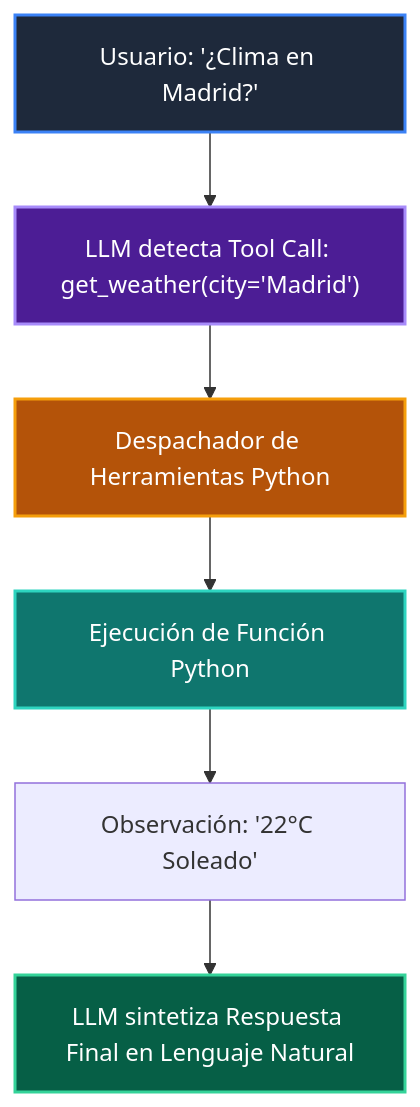
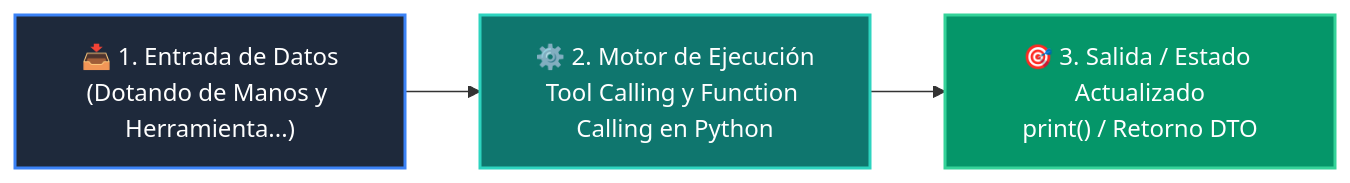
Before and after one commit to wisrovi/wisrovi-python: the diagram in 03-agentes-ia/clase-04-tool-calling-funciones/README.md, drawn with Mermaid. The commit also changed other lines of this file and 54 other files, not shown here.

Commit message:
refactor: clean repository root by moving maintenance scripts to scripts/ and restore rich high-contrast Mermaid diagrams for all classes and examples

````diff
--- a/03-agentes-ia/clase-04-tool-calling-funciones/README.md
+++ b/03-agentes-ia/clase-04-tool-calling-funciones/README.md
@@ -12,14 +12,9 @@
 ```mermaid
-flowchart TD
-    Q["Usuario: '¿Clima en Madrid?'"] --> LLM["LLM detecta Tool Call: get_weather(city='Madrid')"]
-    LLM --> DISP["Despachador de Herramientas Python"]
-    DISP --> API["Ejecución de Función Python"]
-    API --> OBS["Observación: '22°C Soleado'"]
-    OBS --> LLM_FINAL["LLM sintetiza Respuesta Final en Lenguaje Natural"]
+flowchart LR
+    A["📥 1. Entrada de Datos<br/>(Dotando de Manos y Herramienta...)"] --> B["⚙️ 2. Motor de Ejecución<br/>Tool Calling y Function Calling en Python"]
+    B --> C["🎯 3. Salida / Estado Actualizado<br/>print() / Retorno DTO"]
 
-    style Q fill:#1e293b,color:#fff,stroke:#3b82f6,stroke-width:2px
-    style LLM fill:#4c1d95,color:#fff,stroke:#a78bfa,stroke-width:2px
-    style DISP fill:#b45309,color:#fff,stroke:#f59e0b,stroke-width:2px
-    style API fill:#0f766e,color:#fff,stroke:#2dd4bf,stroke-width:2px
-    style LLM_FINAL fill:#065f46,color:#fff,stroke:#34d399,stroke-width:2px
+    style A fill:#1e293b,color:#ffffff,stroke:#3b82f6,stroke-width:2px
+    style B fill:#0f766e,color:#ffffff,stroke:#2dd4bf,stroke-width:2px
+    style C fill:#059669,color:#ffffff,stroke:#34d399,stroke-width:2px
 ```
````
